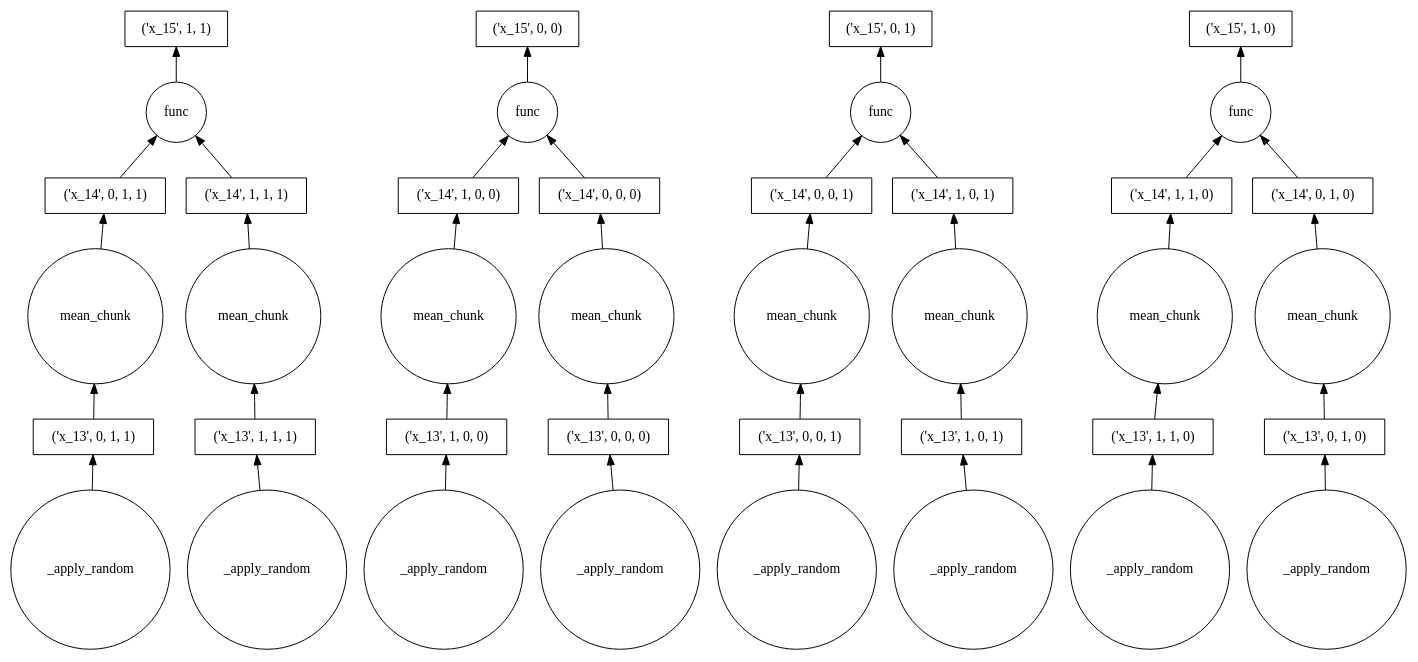
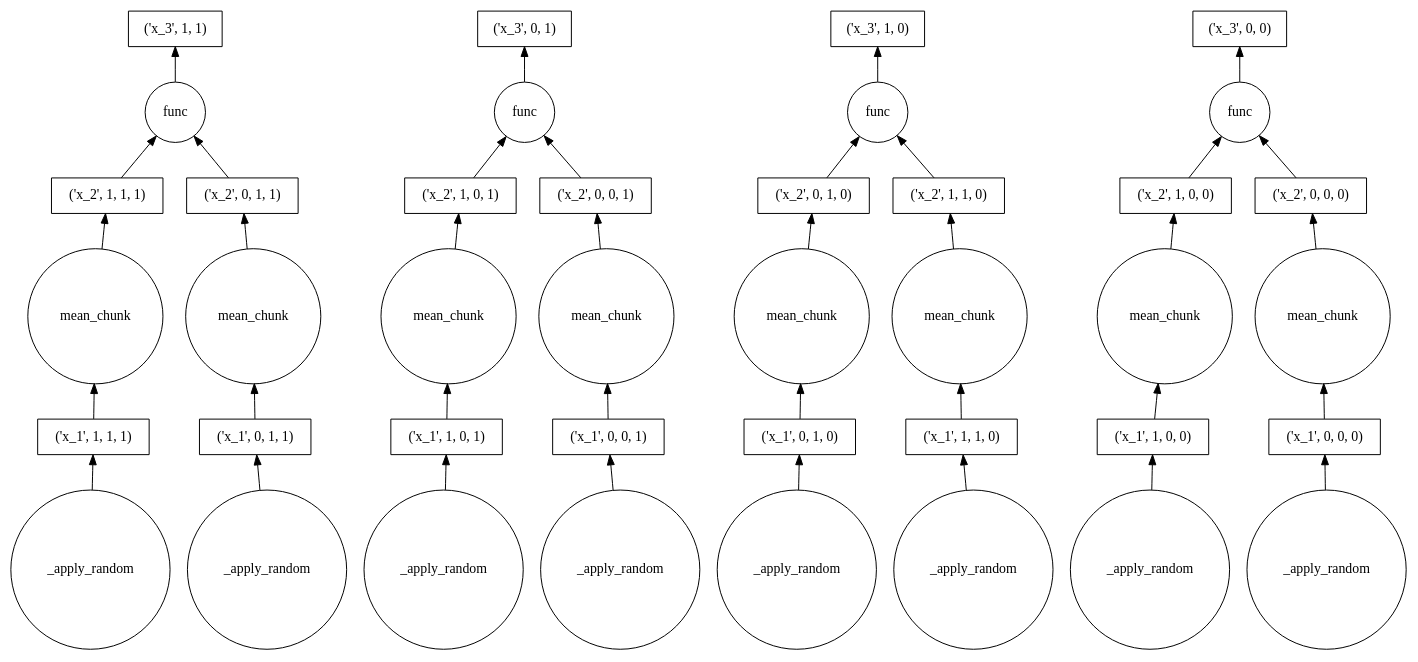
One commit to ricleal/PythonParallel changed the diagram in Dask/mydask.dot. Above: the diagram before and after it, drawn with Graphviz. The commit also changed 4 other files, not shown here.

```diff
--- a/Dask/mydask.dot
+++ b/Dask/mydask.dot
@@ -1,79 +1,79 @@
 strict digraph G {
 rankdir=BT;
-"('x_15', 1, 1)" [shape=box];
-"((<functools.partial object at 0x7f156c9ac838>, ('x_13', 1, 1, 1)), 'function')" [shape=circle, label=mean_chunk];
-"('x_14', 0, 1, 1)" [shape=box, label="('x_14', 0, 1, 1)"];
-"((<functools.partial object at 0x7f156c9ac838>, ('x_13', 0, 0, 0)), 'function')" [shape=circle, label=mean_chunk];
-"-821995918015686762" [shape=circle, label=_apply_random];
-"('x_13', 1, 0, 1)" [shape=box, label="('x_13', 1, 0, 1)"];
-"('x_13', 0, 0, 0)" [shape=box, label="('x_13', 0, 0, 0)"];
-"('x_13', 0, 1, 0)" [shape=box, label="('x_13', 0, 1, 0)"];
-"-3238656541083010651" [shape=circle, label=_apply_random];
-"('x_14', 1, 1, 1)" [shape=box, label="('x_14', 1, 1, 1)"];
-6563573716498097070 [shape=circle, label=_apply_random];
-"((<functools.partial object at 0x7f156c9ac838>, ('x_13', 0, 0, 1)), 'function')" [shape=circle, label=mean_chunk];
-"-3319824879067023562" [shape=circle, label=_apply_random];
-"('x_15', 0, 0)" [shape=box];
-"('x_13', 1, 1, 0)" [shape=box, label="('x_13', 1, 1, 0)"];
-"('x_13', 1, 0, 0)" [shape=box, label="('x_13', 1, 0, 0)"];
-"('x_14', 0, 0, 1)" [shape=box, label="('x_14', 0, 0, 1)"];
-"('x_13', 0, 0, 1)" [shape=box, label="('x_13', 0, 0, 1)"];
-"((<functools.partial object at 0x7f156c9ac838>, ('x_13', 1, 0, 1)), 'function')" [shape=circle, label=mean_chunk];
-"('x_14', 1, 0, 0)" [shape=box, label="('x_14', 1, 0, 0)"];
-"('x_15', 1, 0)" [shape=box];
-"('x_14', 1, 1, 0)" [shape=box, label="('x_14', 1, 1, 0)"];
-6616082348834400765 [shape=circle, label=func];
-"((<functools.partial object at 0x7f156c9ac838>, ('x_13', 1, 0, 0)), 'function')" [shape=circle, label=mean_chunk];
-"-9059378438116949157" [shape=circle, label=func];
-"-1709645194367581601" [shape=circle, label=func];
-"-87028060016244512" [shape=circle, label=_apply_random];
-"('x_13', 1, 1, 1)" [shape=box, label="('x_13', 1, 1, 1)"];
-"((<functools.partial object at 0x7f156c9ac838>, ('x_13', 0, 1, 1)), 'function')" [shape=circle, label=mean_chunk];
-"-8790805613784923158" [shape=circle, label=_apply_random];
-2119131704308284651 [shape=circle, label=_apply_random];
-"('x_14', 0, 0, 0)" [shape=box, label="('x_14', 0, 0, 0)"];
-"('x_14', 1, 0, 1)" [shape=box, label="('x_14', 1, 0, 1)"];
-4595784140651276660 [shape=circle, label=_apply_random];
-"((<functools.partial object at 0x7f156c9ac838>, ('x_13', 1, 1, 0)), 'function')" [shape=circle, label=mean_chunk];
-"((<functools.partial object at 0x7f156c9ac838>, ('x_13', 0, 1, 0)), 'function')" [shape=circle, label=mean_chunk];
-"('x_13', 0, 1, 1)" [shape=box, label="('x_13', 0, 1, 1)"];
-"('x_15', 0, 1)" [shape=box];
-"('x_14', 0, 1, 0)" [shape=box, label="('x_14', 0, 1, 0)"];
-"-6462622145059825387" [shape=circle, label=func];
-"((<functools.partial object at 0x7f156c9ac838>, ('x_13', 1, 1, 1)), 'function')" -> "('x_14', 1, 1, 1)";
-"('x_14', 0, 1, 1)" -> "-9059378438116949157";
-"((<functools.partial object at 0x7f156c9ac838>, ('x_13', 0, 0, 0)), 'function')" -> "('x_14', 0, 0, 0)";
-"-821995918015686762" -> "('x_13', 1, 1, 1)";
-"('x_13', 1, 0, 1)" -> "((<functools.partial object at 0x7f156c9ac838>, ('x_13', 1, 0, 1)), 'function')";
-"('x_13', 0, 0, 0)" -> "((<functools.partial object at 0x7f156c9ac838>, ('x_13', 0, 0, 0)), 'function')";
-"('x_13', 0, 1, 0)" -> "((<functools.partial object at 0x7f156c9ac838>, ('x_13', 0, 1, 0)), 'function')";
-"-3238656541083010651" -> "('x_13', 0, 1, 0)";
-"('x_14', 1, 1, 1)" -> "-9059378438116949157";
-6563573716498097070 -> "('x_13', 0, 1, 1)";
-"((<functools.partial object at 0x7f156c9ac838>, ('x_13', 0, 0, 1)), 'function')" -> "('x_14', 0, 0, 1)";
-"-3319824879067023562" -> "('x_13', 1, 1, 0)";
-"('x_13', 1, 1, 0)" -> "((<functools.partial object at 0x7f156c9ac838>, ('x_13', 1, 1, 0)), 'function')";
-"('x_13', 1, 0, 0)" -> "((<functools.partial object at 0x7f156c9ac838>, ('x_13', 1, 0, 0)), 'function')";
-"('x_14', 0, 0, 1)" -> "-6462622145059825387";
-"('x_13', 0, 0, 1)" -> "((<functools.partial object at 0x7f156c9ac838>, ('x_13', 0, 0, 1)), 'function')";
-"((<functools.partial object at 0x7f156c9ac838>, ('x_13', 1, 0, 1)), 'function')" -> "('x_14', 1, 0, 1)";
-"('x_14', 1, 0, 0)" -> "-1709645194367581601";
-"('x_14', 1, 1, 0)" -> 6616082348834400765;
-6616082348834400765 -> "('x_15', 1, 0)";
-"((<functools.partial object at 0x7f156c9ac838>, ('x_13', 1, 0, 0)), 'function')" -> "('x_14', 1, 0, 0)";
-"-9059378438116949157" -> "('x_15', 1, 1)";
-"-1709645194367581601" -> "('x_15', 0, 0)";
-"-87028060016244512" -> "('x_13', 1, 0, 0)";
-"('x_13', 1, 1, 1)" -> "((<functools.partial object at 0x7f156c9ac838>, ('x_13', 1, 1, 1)), 'function')";
-"((<functools.partial object at 0x7f156c9ac838>, ('x_13', 0, 1, 1)), 'function')" -> "('x_14', 0, 1, 1)";
-"-8790805613784923158" -> "('x_13', 1, 0, 1)";
-2119131704308284651 -> "('x_13', 0, 0, 1)";
-"('x_14', 0, 0, 0)" -> "-1709645194367581601";
-"('x_14', 1, 0, 1)" -> "-6462622145059825387";
-4595784140651276660 -> "('x_13', 0, 0, 0)";
-"((<functools.partial object at 0x7f156c9ac838>, ('x_13', 1, 1, 0)), 'function')" -> "('x_14', 1, 1, 0)";
-"((<functools.partial object at 0x7f156c9ac838>, ('x_13', 0, 1, 0)), 'function')" -> "('x_14', 0, 1, 0)";
-"('x_13', 0, 1, 1)" -> "((<functools.partial object at 0x7f156c9ac838>, ('x_13', 0, 1, 1)), 'function')";
-"('x_14', 0, 1, 0)" -> 6616082348834400765;
-"-6462622145059825387" -> "('x_15', 0, 1)";
+7934516455655416098 [shape=circle, label=func];
+"('x_1', 0, 0, 1)" [shape=box, label="('x_1', 0, 0, 1)"];
+"((<functools.partial object at 0x7fa464661368>, ('x_1', 0, 1, 1)), 'function')" [shape=circle, label=mean_chunk];
+1531251119555823113 [shape=circle, label=_apply_random];
+3976415799846286091 [shape=circle, label=_apply_random];
+"-7536883714300877565" [shape=circle, label=_apply_random];
+6814804176329969046 [shape=circle, label=func];
+"((<functools.partial object at 0x7fa464661368>, ('x_1', 0, 1, 0)), 'function')" [shape=circle, label=mean_chunk];
+"('x_2', 1, 1, 1)" [shape=box, label="('x_2', 1, 1, 1)"];
+"-7363717016453854302" [shape=circle, label=func];
+"('x_1', 1, 1, 1)" [shape=box, label="('x_1', 1, 1, 1)"];
+"('x_3', 1, 0)" [shape=box];
+"('x_3', 1, 1)" [shape=box];
+"('x_1', 0, 1, 1)" [shape=box, label="('x_1', 0, 1, 1)"];
+"-4936499465719210179" [shape=circle, label=_apply_random];
+"('x_2', 0, 0, 1)" [shape=box, label="('x_2', 0, 0, 1)"];
+"('x_2', 1, 0, 0)" [shape=box, label="('x_2', 1, 0, 0)"];
+"('x_2', 0, 1, 1)" [shape=box, label="('x_2', 0, 1, 1)"];
+"('x_2', 1, 1, 0)" [shape=box, label="('x_2', 1, 1, 0)"];
+"((<functools.partial object at 0x7fa464661368>, ('x_1', 1, 1, 1)), 'function')" [shape=circle, label=mean_chunk];
+"('x_3', 0, 0)" [shape=box];
+"-5502677225292934750" [shape=circle, label=func];
+"((<functools.partial object at 0x7fa464661368>, ('x_1', 1, 1, 0)), 'function')" [shape=circle, label=mean_chunk];
+"-2715639616080077486" [shape=circle, label=_apply_random];
+"('x_3', 0, 1)" [shape=box];
+"('x_1', 1, 0, 1)" [shape=box, label="('x_1', 1, 0, 1)"];
+"('x_1', 0, 0, 0)" [shape=box, label="('x_1', 0, 0, 0)"];
+"('x_1', 0, 1, 0)" [shape=box, label="('x_1', 0, 1, 0)"];
+"('x_2', 0, 1, 0)" [shape=box, label="('x_2', 0, 1, 0)"];
+"((<functools.partial object at 0x7fa464661368>, ('x_1', 0, 0, 1)), 'function')" [shape=circle, label=mean_chunk];
+"((<functools.partial object at 0x7fa464661368>, ('x_1', 1, 0, 1)), 'function')" [shape=circle, label=mean_chunk];
+"('x_2', 0, 0, 0)" [shape=box, label="('x_2', 0, 0, 0)"];
+"('x_2', 1, 0, 1)" [shape=box, label="('x_2', 1, 0, 1)"];
+3317199399566009452 [shape=circle, label=_apply_random];
+"((<functools.partial object at 0x7fa464661368>, ('x_1', 0, 0, 0)), 'function')" [shape=circle, label=mean_chunk];
+1849698889926981618 [shape=circle, label=_apply_random];
+7933122817957620723 [shape=circle, label=_apply_random];
+"((<functools.partial object at 0x7fa464661368>, ('x_1', 1, 0, 0)), 'function')" [shape=circle, label=mean_chunk];
+"('x_1', 1, 1, 0)" [shape=box, label="('x_1', 1, 1, 0)"];
+"('x_1', 1, 0, 0)" [shape=box, label="('x_1', 1, 0, 0)"];
+7934516455655416098 -> "('x_3', 1, 1)";
+"('x_1', 0, 0, 1)" -> "((<functools.partial object at 0x7fa464661368>, ('x_1', 0, 0, 1)), 'function')";
+"((<functools.partial object at 0x7fa464661368>, ('x_1', 0, 1, 1)), 'function')" -> "('x_2', 0, 1, 1)";
+1531251119555823113 -> "('x_1', 0, 1, 0)";
+3976415799846286091 -> "('x_1', 1, 1, 0)";
+"-7536883714300877565" -> "('x_1', 1, 1, 1)";
+6814804176329969046 -> "('x_3', 0, 1)";
+"((<functools.partial object at 0x7fa464661368>, ('x_1', 0, 1, 0)), 'function')" -> "('x_2', 0, 1, 0)";
+"('x_2', 1, 1, 1)" -> 7934516455655416098;
+"-7363717016453854302" -> "('x_3', 0, 0)";
+"('x_1', 1, 1, 1)" -> "((<functools.partial object at 0x7fa464661368>, ('x_1', 1, 1, 1)), 'function')";
+"('x_1', 0, 1, 1)" -> "((<functools.partial object at 0x7fa464661368>, ('x_1', 0, 1, 1)), 'function')";
+"-4936499465719210179" -> "('x_1', 0, 0, 0)";
+"('x_2', 0, 0, 1)" -> 6814804176329969046;
+"('x_2', 1, 0, 0)" -> "-7363717016453854302";
+"('x_2', 0, 1, 1)" -> 7934516455655416098;
+"('x_2', 1, 1, 0)" -> "-5502677225292934750";
+"((<functools.partial object at 0x7fa464661368>, ('x_1', 1, 1, 1)), 'function')" -> "('x_2', 1, 1, 1)";
+"-5502677225292934750" -> "('x_3', 1, 0)";
+"((<functools.partial object at 0x7fa464661368>, ('x_1', 1, 1, 0)), 'function')" -> "('x_2', 1, 1, 0)";
+"-2715639616080077486" -> "('x_1', 1, 0, 1)";
+"('x_1', 1, 0, 1)" -> "((<functools.partial object at 0x7fa464661368>, ('x_1', 1, 0, 1)), 'function')";
+"('x_1', 0, 0, 0)" -> "((<functools.partial object at 0x7fa464661368>, ('x_1', 0, 0, 0)), 'function')";
+"('x_1', 0, 1, 0)" -> "((<functools.partial object at 0x7fa464661368>, ('x_1', 0, 1, 0)), 'function')";
+"('x_2', 0, 1, 0)" -> "-5502677225292934750";
+"((<functools.partial object at 0x7fa464661368>, ('x_1', 0, 0, 1)), 'function')" -> "('x_2', 0, 0, 1)";
+"((<functools.partial object at 0x7fa464661368>, ('x_1', 1, 0, 1)), 'function')" -> "('x_2', 1, 0, 1)";
+"('x_2', 0, 0, 0)" -> "-7363717016453854302";
+"('x_2', 1, 0, 1)" -> 6814804176329969046;
+3317199399566009452 -> "('x_1', 0, 1, 1)";
+"((<functools.partial object at 0x7fa464661368>, ('x_1', 0, 0, 0)), 'function')" -> "('x_2', 0, 0, 0)";
+1849698889926981618 -> "('x_1', 1, 0, 0)";
+7933122817957620723 -> "('x_1', 0, 0, 1)";
+"((<functools.partial object at 0x7fa464661368>, ('x_1', 1, 0, 0)), 'function')" -> "('x_2', 1, 0, 0)";
+"('x_1', 1, 1, 0)" -> "((<functools.partial object at 0x7fa464661368>, ('x_1', 1, 1, 0)), 'function')";
+"('x_1', 1, 0, 0)" -> "((<functools.partial object at 0x7fa464661368>, ('x_1', 1, 0, 0)), 'function')";
 }
```
